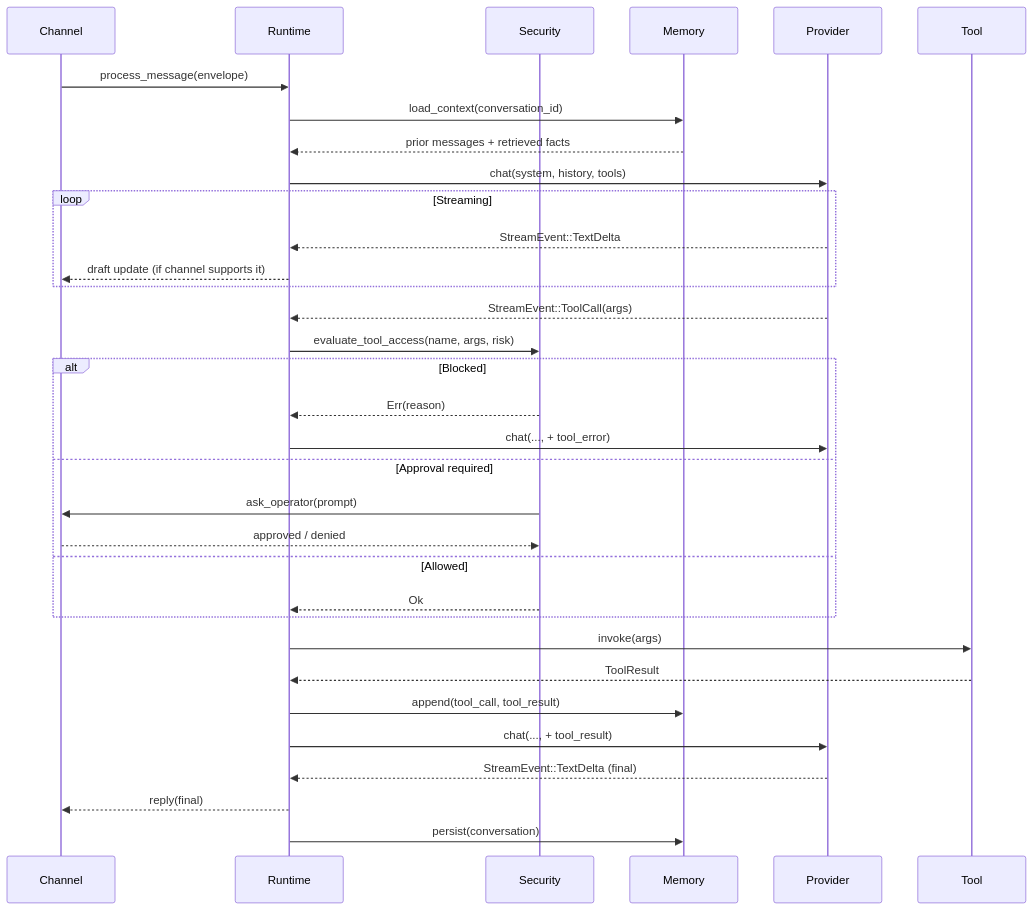
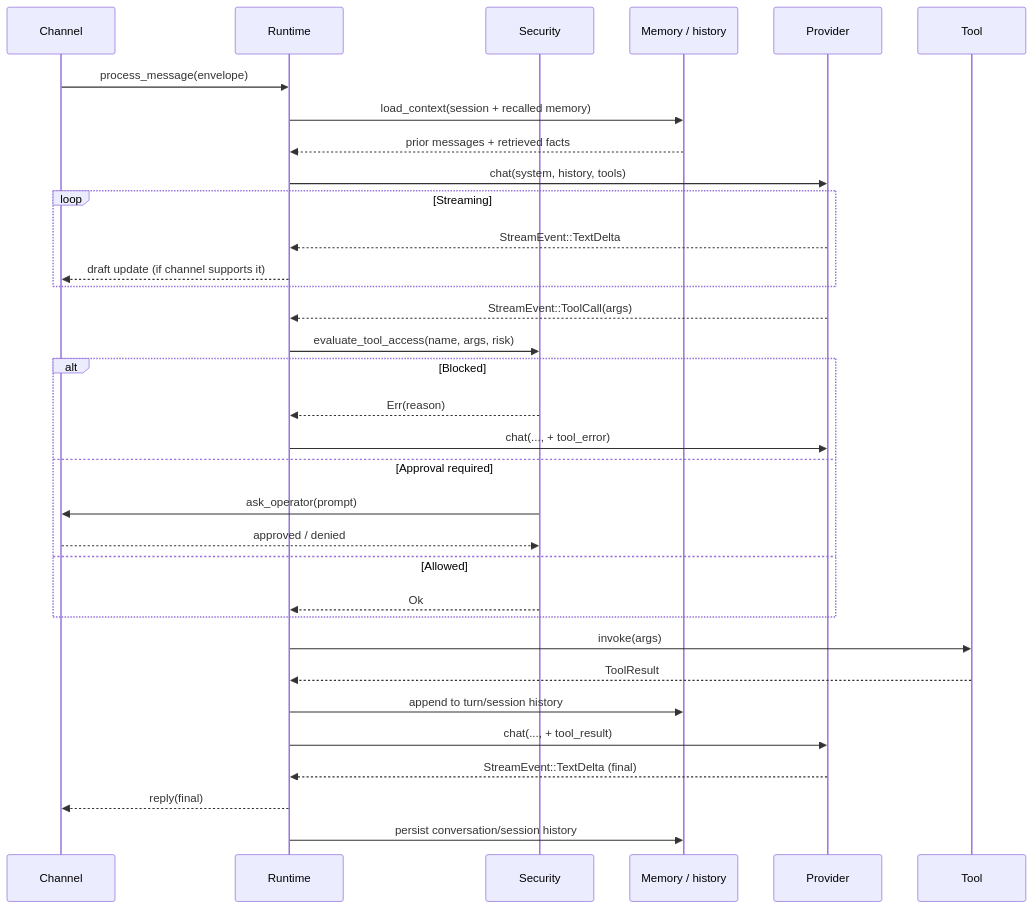
The second of 2 diagrams in docs/book/src/architecture/request-lifecycle.md (EyrieCommander/zeroclaw), drawn with Mermaid before and after one commit. The commit also changed other lines of this file and 3 other files, not shown here.

Commit message:
docs(book): add memory payload lifecycle architecture guide

````diff
--- a/docs/book/src/architecture/request-lifecycle.md
+++ b/docs/book/src/architecture/request-lifecycle.md
@@ -24,36 +24,36 @@
 ```mermaid
 sequenceDiagram
     participant CH as Channel
     participant RT as Runtime
     participant SEC as Security
-    participant MEM as Memory
+    participant MEM as Memory / history
     participant PR as Provider
     participant TL as Tool
 
     CH->>RT: process_message(envelope)
-    RT->>MEM: load_context(conversation_id)
+    RT->>MEM: load_context(session + recalled memory)
     MEM-->>RT: prior messages + retrieved facts
     RT->>PR: chat(system, history, tools)
     loop Streaming
         PR-->>RT: StreamEvent::TextDelta
         RT-->>CH: draft update (if channel supports it)
     end
     PR-->>RT: StreamEvent::ToolCall(args)
     RT->>SEC: evaluate_tool_access(name, args, risk)
     alt Blocked
         SEC-->>RT: Err(reason)
         RT->>PR: chat(..., + tool_error)
     else Approval required
         SEC->>CH: ask_operator(prompt)
         CH-->>SEC: approved / denied
     else Allowed
         SEC-->>RT: Ok
     end
     RT->>TL: invoke(args)
     TL-->>RT: ToolResult
-    RT->>MEM: append(tool_call, tool_result)
+    RT->>MEM: append to turn/session history
     RT->>PR: chat(..., + tool_result)
     PR-->>RT: StreamEvent::TextDelta (final)
     RT-->>CH: reply(final)
-    RT->>MEM: persist(conversation)
+    RT->>MEM: persist conversation/session history
 ```
````
